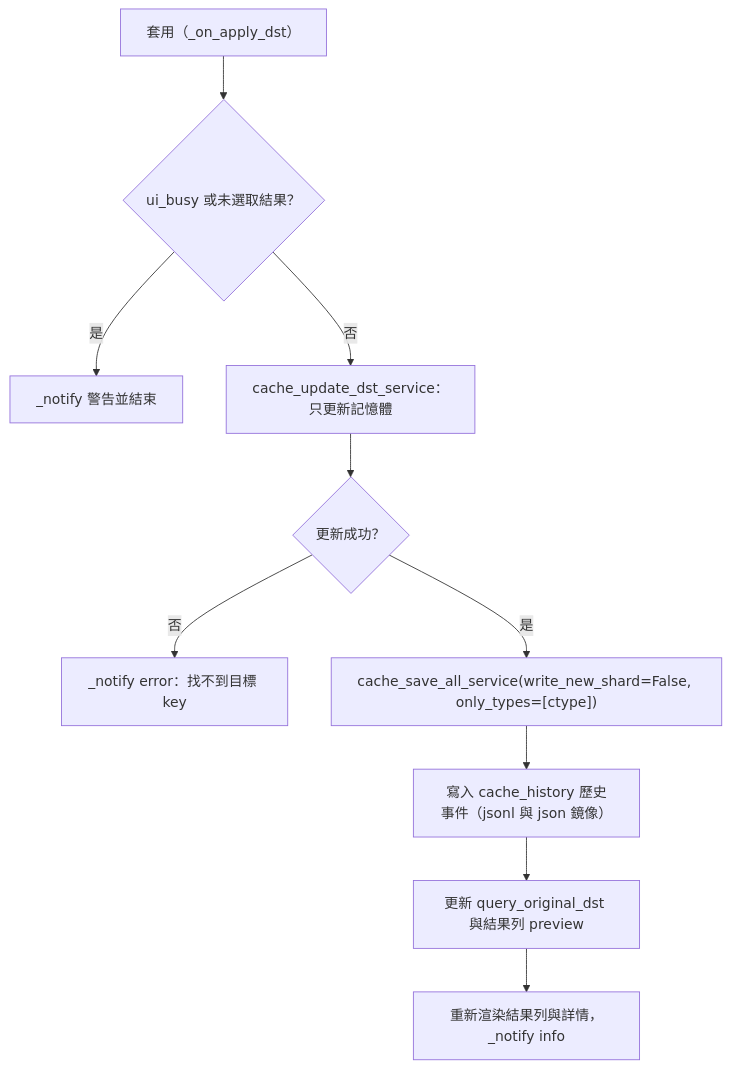
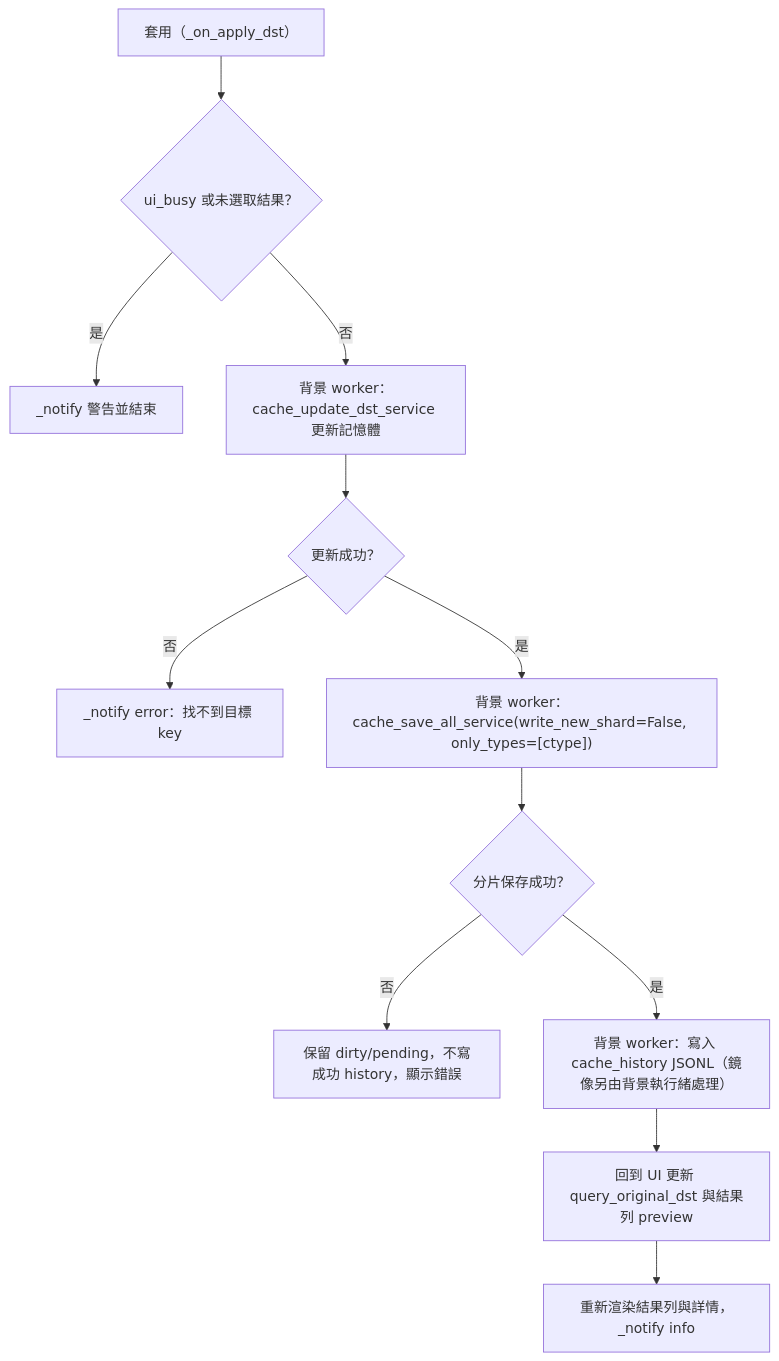
Before and after one commit to jlin53882/Minecraft-translate: the fourth of 5 diagrams in docs/page_flows/cache.md, drawn with Mermaid. The commit also changed other lines of this file and 20 other files, not shown here.

````diff
--- a/docs/page_flows/cache.md
+++ b/docs/page_flows/cache.md
@@ -103,12 +103,14 @@
 ```mermaid
 flowchart TD
     A["套用（_on_apply_dst）"] --> B{"ui_busy 或未選取結果？"}
     B -- 是 --> C["_notify 警告並結束"]
-    B -- 否 --> D["cache_update_dst_service：只更新記憶體"]
+    B -- 否 --> D["背景 worker：cache_update_dst_service 更新記憶體"]
     D --> E{"更新成功？"}
     E -- 否 --> F["_notify error：找不到目標 key"]
-    E -- 是 --> G["cache_save_all_service(write_new_shard=False, only_types=[ctype])"]
-    G --> H["寫入 cache_history 歷史事件（jsonl 與 json 鏡像）"]
-    H --> I["更新 query_original_dst 與結果列 preview"]
-    I --> J["重新渲染結果列與詳情，_notify info"]
+    E -- 是 --> G["背景 worker：cache_save_all_service(write_new_shard=False, only_types=[ctype])"]
+    G --> H{"分片保存成功？"}
+    H -- 否 --> I["保留 dirty/pending，不寫成功 history，顯示錯誤"]
+    H -- 是 --> J["背景 worker：寫入 cache_history JSONL（鏡像另由背景執行緒處理）"]
+    J --> K["回到 UI 更新 query_original_dst 與結果列 preview"]
+    K --> L["重新渲染結果列與詳情，_notify info"]
 ```
````
